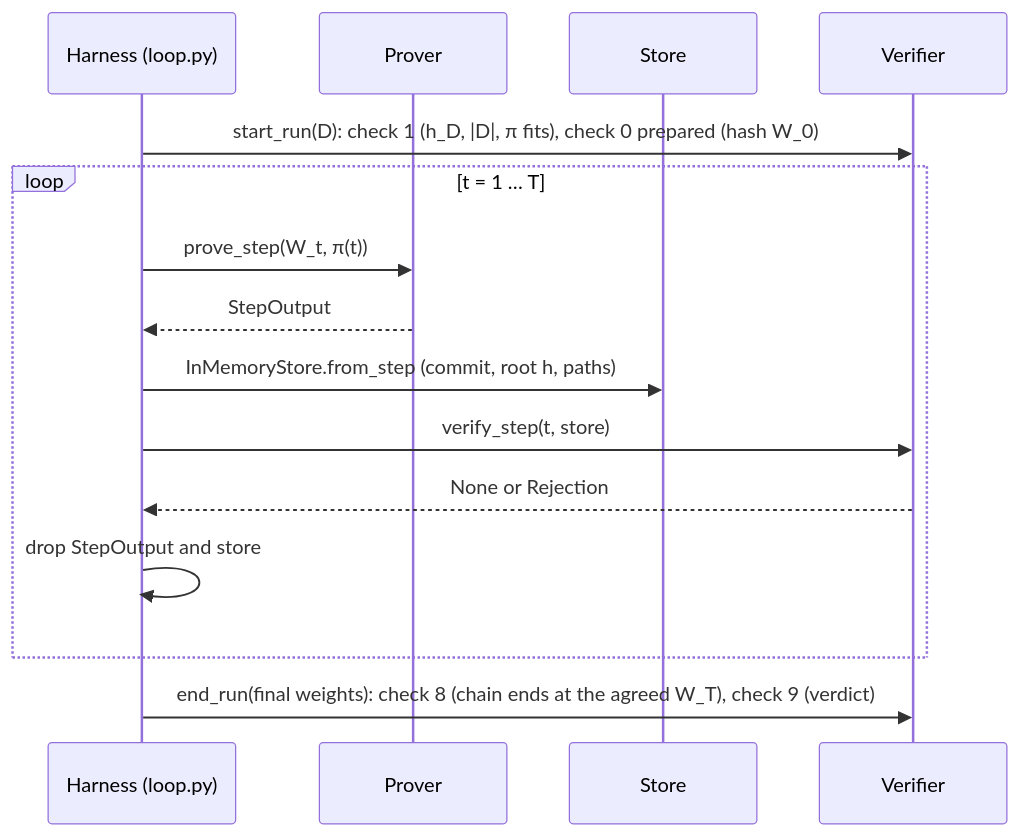
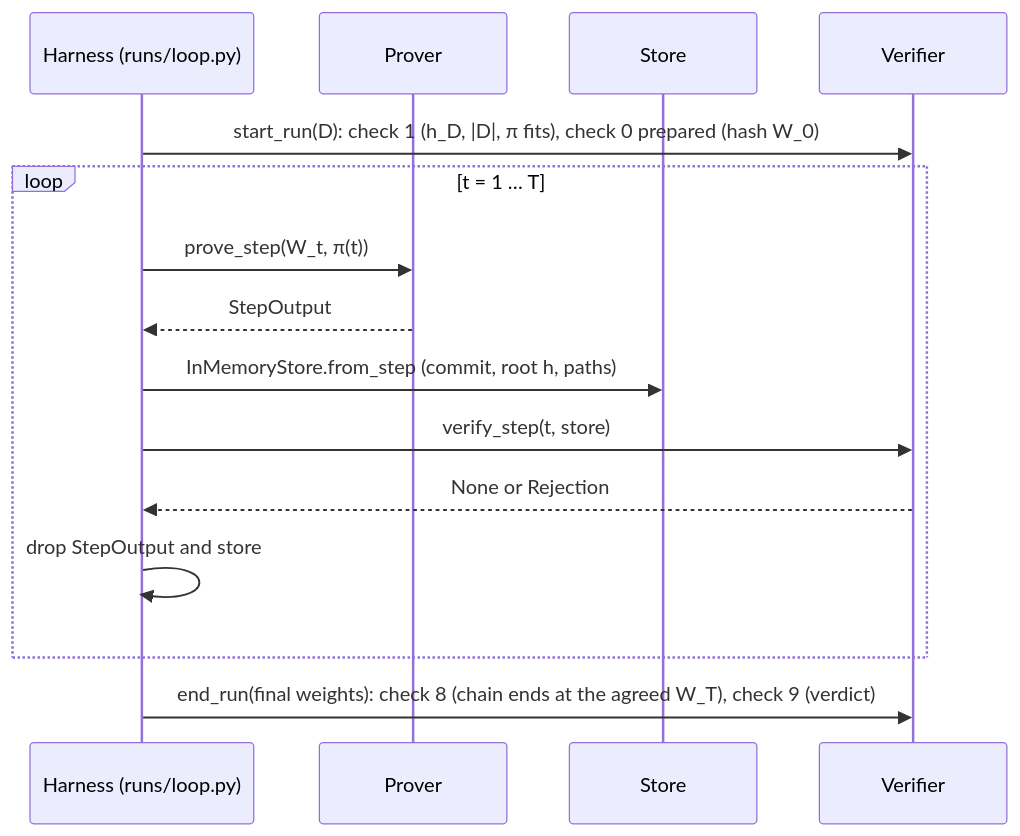
One commit to pacifai/pots-2.0 changed the third of 3 diagrams in verification/README.md. Above: the diagram before and after it, drawn with Mermaid. The commit also changed other lines of this file and 104 other files, not shown here.

````diff
--- a/verification/README.md
+++ b/verification/README.md
@@ -250,17 +283,17 @@
 ```mermaid
 sequenceDiagram
-    participant H as Harness (loop.py)
+    participant H as Harness (runs/loop.py)
     participant P as Prover
     participant S as Store
     participant V as Verifier
     H->>V: start_run(D): check 1 (h_D, |D|, π fits), check 0 prepared (hash W_0)
     loop t = 1 … T
         H->>P: prove_step(W_t, π(t))
         P-->>H: StepOutput
         H->>S: InMemoryStore.from_step (commit, root h, paths)
         H->>V: verify_step(t, store)
         V-->>H: None or Rejection
         H->>H: drop StepOutput and store
     end
     H->>V: end_run(final weights): check 8 (chain ends at the agreed W_T), check 9 (verdict)
 ```
````
